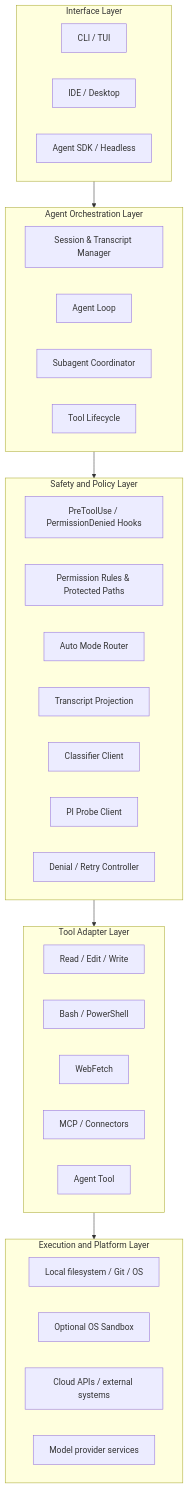
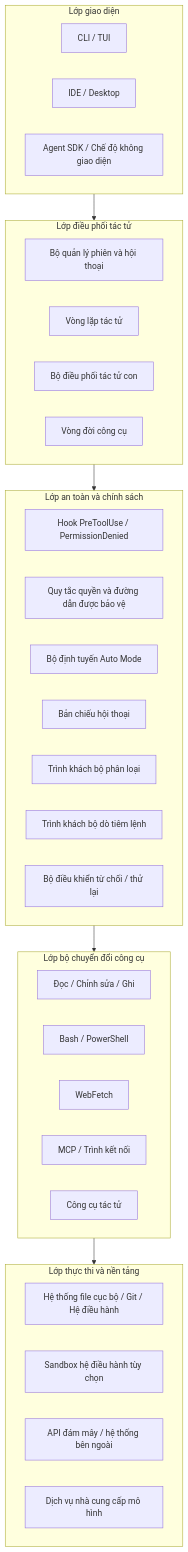
The fourth of 6 diagrams in claude_code/claude-code-auto-mode.md (TriNguyen1208/Software_Architecture), drawn with Mermaid before and after one commit. The commit also changed other lines of this file, not shown here.

Commit message:
docs: Change language of diagram to vietnameseD

````diff
--- a/claude_code/claude-code-auto-mode.md
+++ b/claude_code/claude-code-auto-mode.md
@@ -362,45 +364,45 @@
 ```mermaid
 flowchart TB
-    subgraph L1["Interface Layer"]
+    subgraph L1["Lớp giao diện"]
         CLI["CLI / TUI"]
         IDE["IDE / Desktop"]
-        SDK["Agent SDK / Headless"]
+        SDK["Agent SDK / Chế độ không giao diện"]
     end
 
-    subgraph L2["Agent Orchestration Layer"]
-        Session["Session & Transcript Manager"]
-        Loop["Agent Loop"]
-        Subagents["Subagent Coordinator"]
-        ToolLife["Tool Lifecycle"]
+    subgraph L2["Lớp điều phối tác tử"]
+        Session["Bộ quản lý phiên và hội thoại"]
+        Loop["Vòng lặp tác tử"]
+        Subagents["Bộ điều phối tác tử con"]
+        ToolLife["Vòng đời công cụ"]
     end
 
-    subgraph L3["Safety and Policy Layer"]
-        Hooks["PreToolUse / PermissionDenied Hooks"]
-        Perm["Permission Rules & Protected Paths"]
-        Router["Auto Mode Router"]
-        Projection["Transcript Projection"]
-        Classifier["Classifier Client"]
-        Probe["PI Probe Client"]
-        Denials["Denial / Retry Controller"]
+    subgraph L3["Lớp an toàn và chính sách"]
+        Hooks["Hook PreToolUse / PermissionDenied"]
+        Perm["Quy tắc quyền và đường dẫn được bảo vệ"]
+        Router["Bộ định tuyến Auto Mode"]
+        Projection["Bản chiếu hội thoại"]
+        Classifier["Trình khách bộ phân loại"]
+        Probe["Trình khách bộ dò tiêm lệnh"]
+        Denials["Bộ điều khiển từ chối / thử lại"]
     end
 
-    subgraph L4["Tool Adapter Layer"]
-        File["Read / Edit / Write"]
+    subgraph L4["Lớp bộ chuyển đổi công cụ"]
+        File["Đọc / Chỉnh sửa / Ghi"]
         Shell["Bash / PowerShell"]
         Web["WebFetch"]
-        MCP["MCP / Connectors"]
-        AgentTool["Agent Tool"]
+        MCP["MCP / Trình kết nối"]
+        AgentTool["Công cụ tác tử"]
     end
 
-    subgraph L5["Execution and Platform Layer"]
-        Local["Local filesystem / Git / OS"]
-        Sandbox["Optional OS Sandbox"]
-        Remote["Cloud APIs / external systems"]
-        Models["Model provider services"]
+    subgraph L5["Lớp thực thi và nền tảng"]
+        Local["Hệ thống file cục bộ / Git / Hệ điều hành"]
+        Sandbox["Sandbox hệ điều hành tùy chọn"]
+        Remote["API đám mây / hệ thống bên ngoài"]
+        Models["Dịch vụ nhà cung cấp mô hình"]
     end
 
     L1 --> L2
     L2 --> L3
     L3 --> L4
     L4 --> L5
 ```
````
